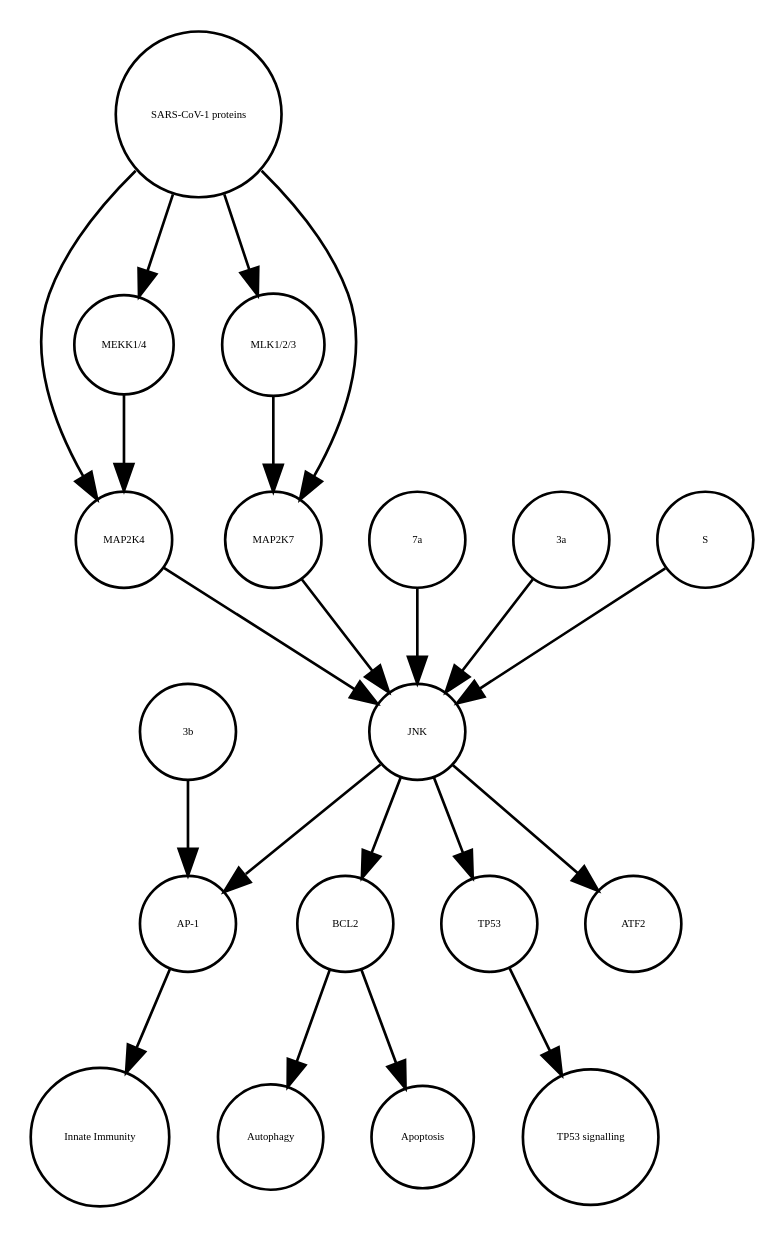
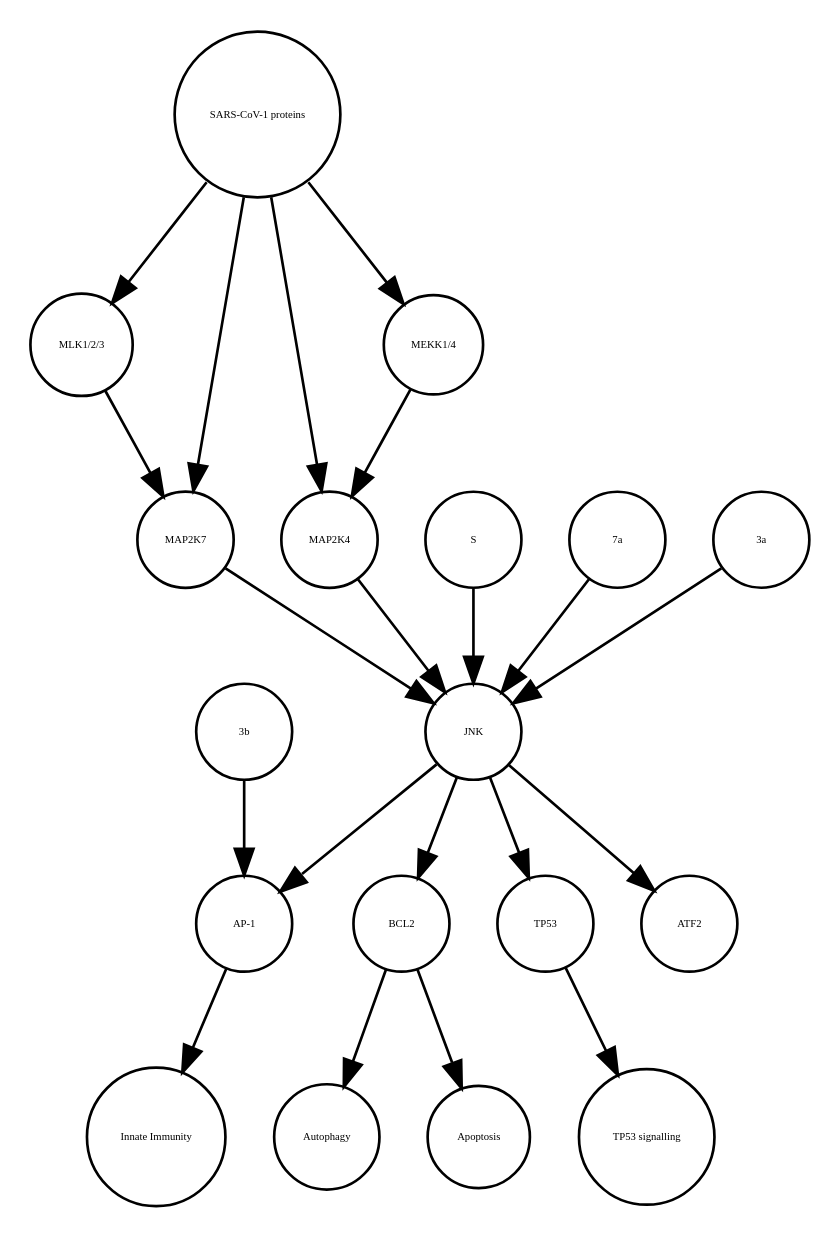
The diagram in JNK_pathway_stable.xml_projected.dot (cannin/covid19-sbgn), drawn with Graphviz before and after one commit. The commit also changed other lines of this file and 487 other files, not shown here.

```diff
--- a/JNK_pathway_stable.xml_projected.dot
+++ b/JNK_pathway_stable.xml_projected.dot
@@ -1,40 +1,40 @@
 strict digraph  {
 BCL2 [annotation=urn_miriam_ncbigene_596, bipartite=0, cls=macromolecule, fontsize=4, label=BCL2, shape=circle];
 Autophagy [annotation="urn_miriam_obo.go_GO%3A0006914", bipartite=0, cls=phenotype, fontsize=4, label=Autophagy, shape=circle];
 "AP-1" [annotation="", bipartite=0, cls=complex, fontsize=4, label="AP-1", shape=circle];
 "Innate Immunity" [annotation="urn_miriam_obo.go_GO%3A0045087", bipartite=0, cls=phenotype, fontsize=4, label="Innate Immunity", shape=circle];
 TP53 [annotation=urn_miriam_ncbigene_7157, bipartite=0, cls=macromolecule, fontsize=4, label=TP53, shape=circle];
 "TP53 signalling" [annotation="urn_miriam_obo.go_GO%3A0072331", bipartite=0, cls=phenotype, fontsize=4, label="TP53 signalling", shape=circle];
 Apoptosis [annotation="urn_miriam_obo.go_GO%3A0006915", bipartite=0, cls=phenotype, fontsize=4, label=Apoptosis, shape=circle];
+"MLK1/2/3" [annotation="", bipartite=0, cls=complex, fontsize=4, label="MLK1/2/3", shape=circle];
 MAP2K4 [annotation=urn_miriam_ncbigene_6416, bipartite=0, cls=macromolecule, fontsize=4, label=MAP2K4, shape=circle];
-"MLK1/2/3" [annotation="", bipartite=0, cls=complex, fontsize=4, label="MLK1/2/3", shape=circle];
+ATF2 [annotation=urn_miriam_ncbigene_1386, bipartite=0, cls=macromolecule, fontsize=4, label=ATF2, shape=circle];
+"MEKK1/4" [annotation="", bipartite=0, cls=complex, fontsize=4, label="MEKK1/4", shape=circle];
+S [annotation="", bipartite=0, cls=macromolecule, fontsize=4, label=S, shape=circle];
+"3b" [annotation="", bipartite=0, cls=macromolecule, fontsize=4, label="3b", shape=circle];
 "7a" [annotation="", bipartite=0, cls=macromolecule, fontsize=4, label="7a", shape=circle];
 "SARS-CoV-1 proteins" [annotation="", bipartite=0, cls=complex, fontsize=4, label="SARS-CoV-1 proteins", shape=circle];
-"3b" [annotation="", bipartite=0, cls=macromolecule, fontsize=4, label="3b", shape=circle];
-"MEKK1/4" [annotation="", bipartite=0, cls=complex, fontsize=4, label="MEKK1/4", shape=circle];
 "3a" [annotation="", bipartite=0, cls=macromolecule, fontsize=4, label="3a", shape=circle];
-ATF2 [annotation=urn_miriam_ncbigene_1386, bipartite=0, cls=macromolecule, fontsize=4, label=ATF2, shape=circle];
 MAP2K7 [annotation=urn_miriam_ncbigene_5609, bipartite=0, cls=macromolecule, fontsize=4, label=MAP2K7, shape=circle];
 JNK [annotation="", bipartite=0, cls=complex, fontsize=4, label=JNK, shape=circle];
-S [annotation="", bipartite=0, cls=macromolecule, fontsize=4, label=S, shape=circle];
 BCL2 -> Autophagy  [annotation="", interaction_type="necessary stimulation"];
 BCL2 -> Apoptosis  [annotation="", interaction_type=inhibition];
 "AP-1" -> "Innate Immunity"  [annotation="", interaction_type="necessary stimulation"];
 TP53 -> "TP53 signalling"  [annotation="", interaction_type="necessary stimulation"];
+"MLK1/2/3" -> MAP2K7  [annotation="urn_miriam_pubmed_31226023|urn_miriam_taxonomy_694009|urn_miriam_taxonomy_392815", interaction_type=stimulation];
 MAP2K4 -> JNK  [annotation="urn_miriam_pubmed_17141229|urn_miriam_taxonomy_694009|urn_miriam_taxonomy_392815", interaction_type=stimulation];
-"MLK1/2/3" -> MAP2K7  [annotation="urn_miriam_pubmed_31226023|urn_miriam_taxonomy_694009|urn_miriam_taxonomy_392815", interaction_type=stimulation];
+"MEKK1/4" -> MAP2K4  [annotation="urn_miriam_pubmed_31226023|urn_miriam_taxonomy_694009|urn_miriam_taxonomy_392815", interaction_type=stimulation];
+S -> JNK  [annotation="urn_miriam_pubmed_17267381|urn_miriam_taxonomy_694009|urn_miriam_taxonomy_392815", interaction_type=stimulation];
+"3b" -> "AP-1"  [annotation="urn_miriam_pubmed_21561061|urn_miriam_taxonomy_694009", interaction_type=stimulation];
 "7a" -> JNK  [annotation="urn_miriam_pubmed_17141229|urn_miriam_taxonomy_694009|urn_miriam_taxonomy_392815", interaction_type=stimulation];
+"SARS-CoV-1 proteins" -> MAP2K4  [annotation="urn_miriam_pubmed_31226023|urn_miriam_taxonomy_694009|urn_miriam_taxonomy_392815", interaction_type=stimulation];
+"SARS-CoV-1 proteins" -> MAP2K7  [annotation="urn_miriam_pubmed_31226023|urn_miriam_taxonomy_694009|urn_miriam_taxonomy_392815", interaction_type=stimulation];
+"SARS-CoV-1 proteins" -> "MLK1/2/3"  [annotation="urn_miriam_taxonomy_694009|urn_miriam_pubmed_31226023|urn_miriam_taxonomy_392815", interaction_type=stimulation];
 "SARS-CoV-1 proteins" -> "MEKK1/4"  [annotation="urn_miriam_pubmed_31226023|urn_miriam_taxonomy_694009|urn_miriam_taxonomy_392815", interaction_type=stimulation];
-"SARS-CoV-1 proteins" -> MAP2K7  [annotation="urn_miriam_pubmed_31226023|urn_miriam_taxonomy_694009|urn_miriam_taxonomy_392815", interaction_type=stimulation];
-"SARS-CoV-1 proteins" -> MAP2K4  [annotation="urn_miriam_pubmed_31226023|urn_miriam_taxonomy_694009|urn_miriam_taxonomy_392815", interaction_type=stimulation];
-"SARS-CoV-1 proteins" -> "MLK1/2/3"  [annotation="urn_miriam_taxonomy_694009|urn_miriam_pubmed_31226023|urn_miriam_taxonomy_392815", interaction_type=stimulation];
-"3b" -> "AP-1"  [annotation="urn_miriam_pubmed_21561061|urn_miriam_taxonomy_694009", interaction_type=stimulation];
-"MEKK1/4" -> MAP2K4  [annotation="urn_miriam_pubmed_31226023|urn_miriam_taxonomy_694009|urn_miriam_taxonomy_392815", interaction_type=stimulation];
 "3a" -> JNK  [annotation="urn_miriam_pubmed_17141229|urn_miriam_taxonomy_694009|urn_miriam_taxonomy_392815", interaction_type=stimulation];
 MAP2K7 -> JNK  [annotation="urn_miriam_pubmed_17141229|urn_miriam_taxonomy_694009|urn_miriam_taxonomy_392815", interaction_type=stimulation];
+JNK -> "AP-1"  [annotation="urn_miriam_pubmed_21561061|urn_miriam_taxonomy_694009", interaction_type=stimulation];
 JNK -> BCL2  [annotation=urn_miriam_pubmed_10567572, interaction_type=stimulation];
+JNK -> ATF2  [annotation=urn_miriam_pubmed_7824938, interaction_type=stimulation];
 JNK -> TP53  [annotation=urn_miriam_pubmed_9724739, interaction_type=stimulation];
-JNK -> ATF2  [annotation=urn_miriam_pubmed_7824938, interaction_type=stimulation];
-JNK -> "AP-1"  [annotation="urn_miriam_pubmed_21561061|urn_miriam_taxonomy_694009", interaction_type=stimulation];
-S -> JNK  [annotation="urn_miriam_pubmed_17267381|urn_miriam_taxonomy_694009|urn_miriam_taxonomy_392815", interaction_type=stimulation];
 }
```
